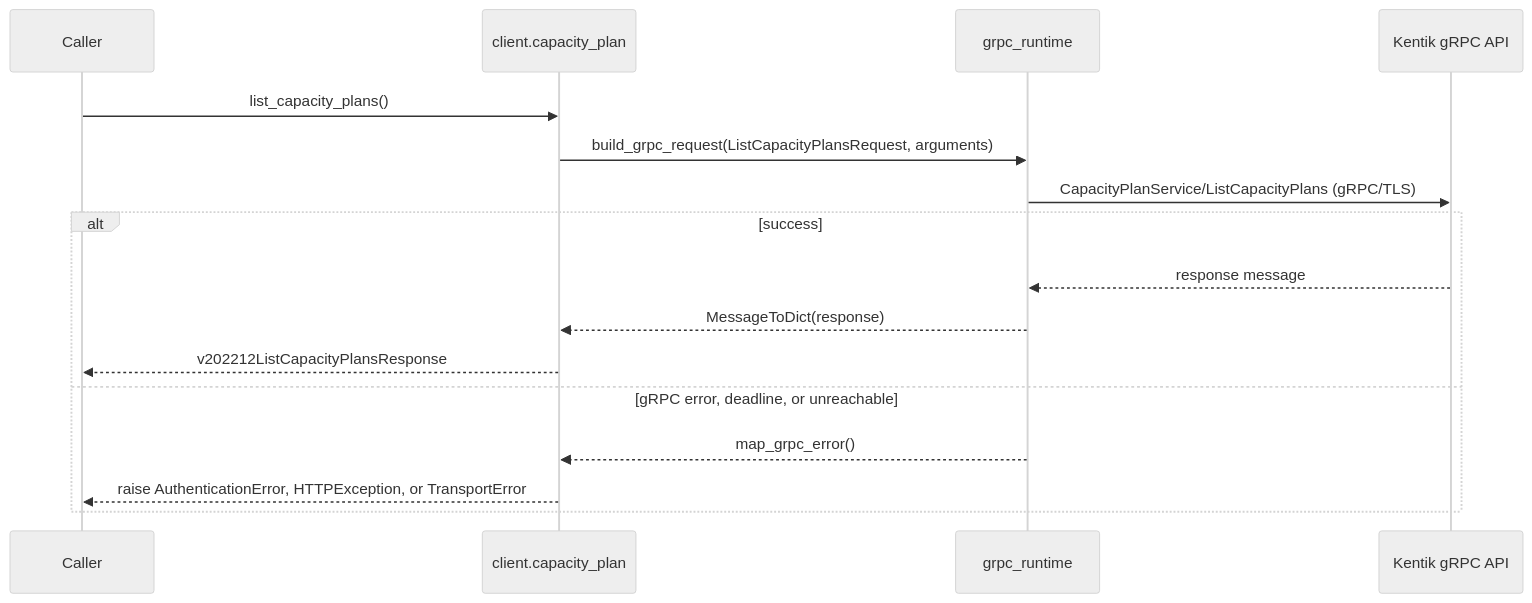
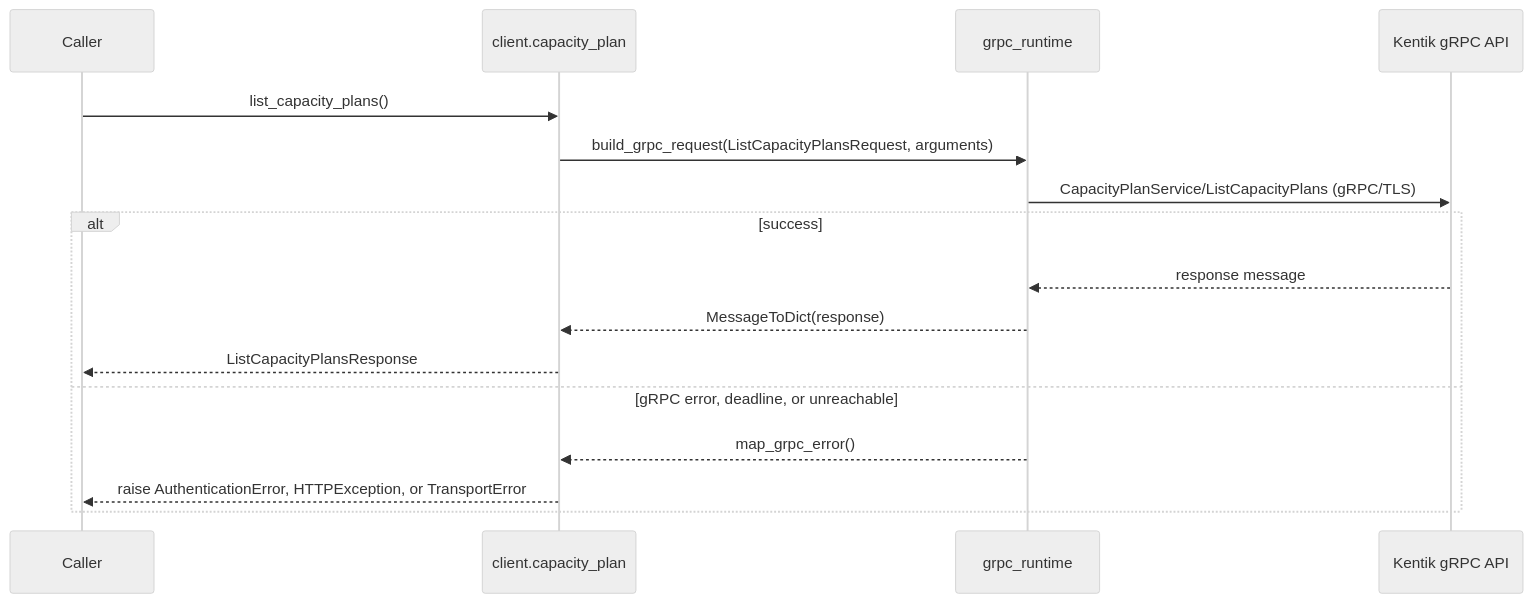
One commit to alexdearaujo/community_sdk_python changed the third of 10 diagrams in docs/sphinx/services/capacity_plan.md. Above: the diagram before and after it, drawn with Mermaid (neutral theme). The commit also changed other lines of this file and 38 other files, not shown here.

````diff
--- a/docs/sphinx/services/capacity_plan.md
+++ b/docs/sphinx/services/capacity_plan.md
@@ -59,19 +59,19 @@
 ```mermaid
 sequenceDiagram
     participant C as Caller
     participant W as client.capacity_plan
     participant R as grpc_runtime
     participant API as Kentik gRPC API
 
     C->>W: list_capacity_plans()
     W->>R: build_grpc_request(ListCapacityPlansRequest, arguments)
     R->>API: CapacityPlanService/ListCapacityPlans (gRPC/TLS)
     alt success
         API-->>R: response message
         R-->>W: MessageToDict(response)
-        W-->>C: v202212ListCapacityPlansResponse
+        W-->>C: ListCapacityPlansResponse
     else gRPC error, deadline, or unreachable
         R-->>W: map_grpc_error()
         W-->>C: raise AuthenticationError, HTTPException, or TransportError
     end
 ```
````
